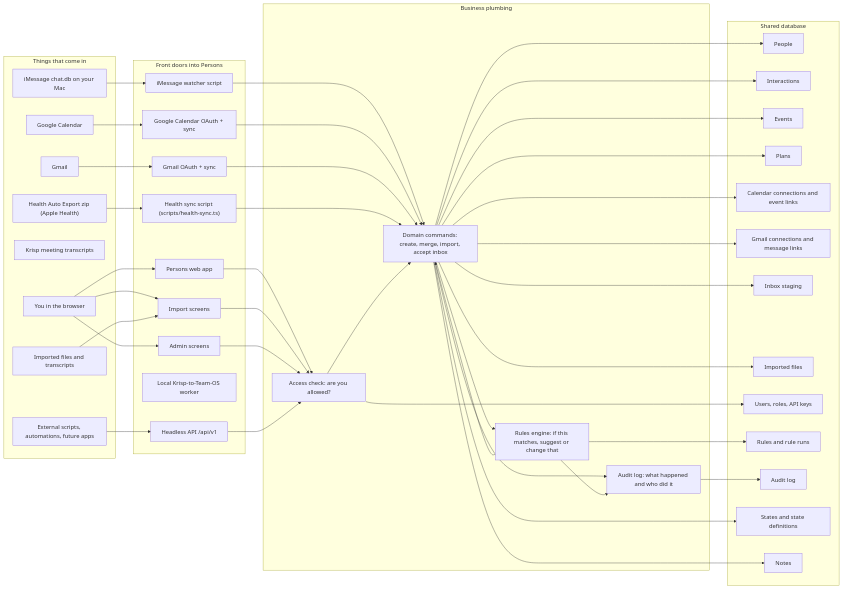
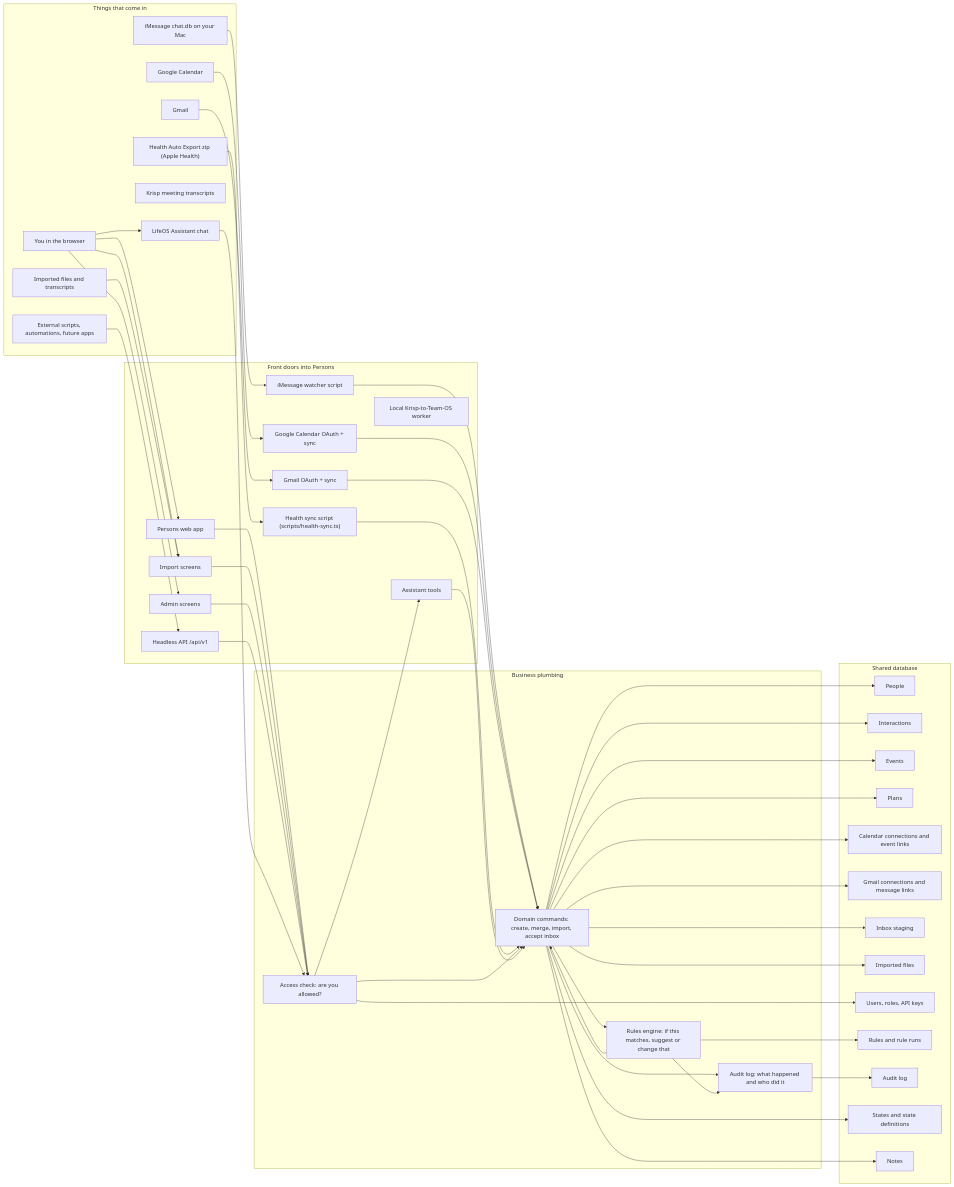
The first of 25 diagrams in docs/PERSONS_ARCHITECTURE.md (josephdfryer/life-os), drawn with Mermaid before and after one commit. The commit also changed other lines of this file and 10 other files, not shown here.

```diff
--- a/docs/PERSONS_ARCHITECTURE.md
+++ b/docs/PERSONS_ARCHITECTURE.md
@@ -36,6 +36,7 @@
 flowchart LR
   subgraph Inputs["Things that come in"]
     Human["You in the browser"]
+    AssistantChat["LifeOS Assistant chat"]
     IMessages["iMessage chat.db on your Mac"]
     GoogleCalendar["Google Calendar"]
     Gmail["Gmail"]
@@ -50,6 +51,7 @@
     ImportUI["Import screens"]
     AdminUI["Admin screens"]
     PublicAPI["Headless API /api/v1"]
+    AssistantTools["Assistant tools"]
     Watcher["iMessage watcher script"]
     CalendarOAuth["Google Calendar OAuth + sync"]
     GmailOAuth["Gmail OAuth + sync"]
@@ -81,6 +83,7 @@
   end
 
   Human --> UI
+  Human --> AssistantChat
   Human --> ImportUI
   Human --> AdminUI
   IMessages --> Watcher
@@ -94,12 +97,15 @@
   ImportUI --> Access
   AdminUI --> Access
   PublicAPI --> Access
+  AssistantChat --> Access
   Watcher --> Commands
   CalendarOAuth --> Commands
   GmailOAuth --> Commands
   HealthSync --> Commands
 
   Access --> Commands
+  Access --> AssistantTools
+  AssistantTools --> Commands
   Commands --> Rules
   Rules --> Commands
   Commands --> Audit
```
